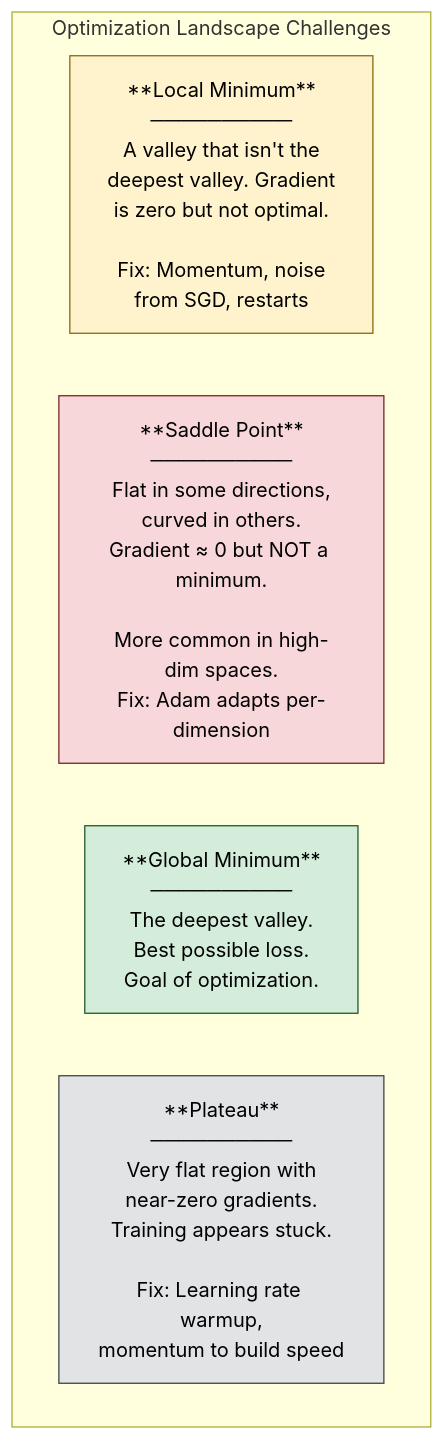
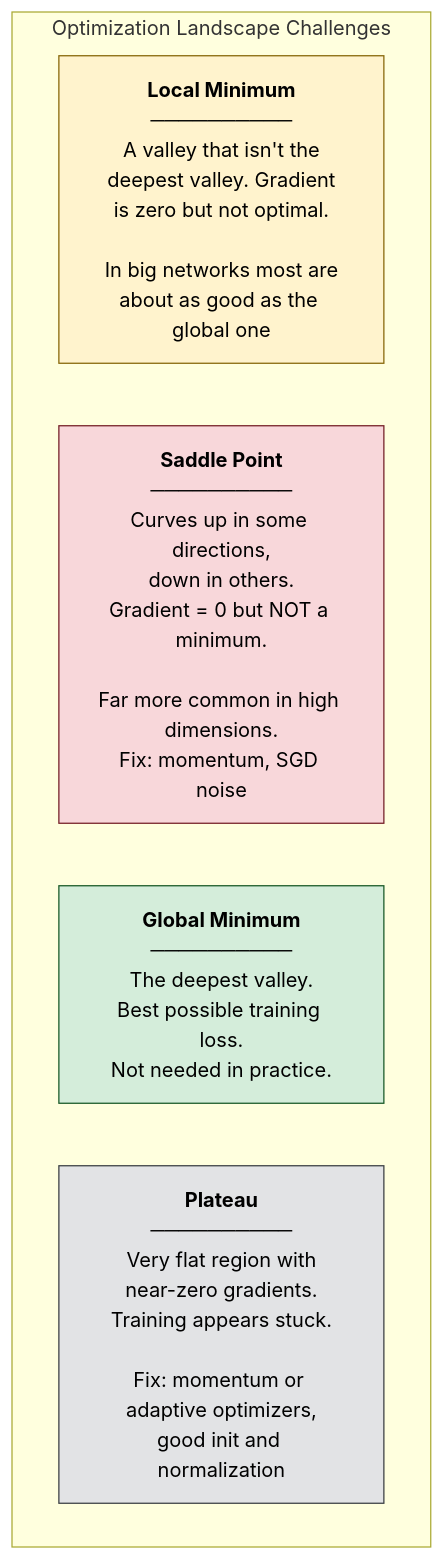
Before and after one commit to Hmago/ml4: the ninth of 47 diagrams in content/34_google_top10_ml_interview.md, drawn with Mermaid. The commit also changed other lines of this file and 59 other files, not shown here.

````diff
--- a/content/34_google_top10_ml_interview.md
+++ b/content/34_google_top10_ml_interview.md
@@ -503,14 +651,14 @@
 ```mermaid
 graph TD
     subgraph "Optimization Landscape Challenges"
-        LM["**Local Minimum**<br/>──────────<br/>A valley that isn't the<br/>deepest valley. Gradient<br/>is zero but not optimal.<br/><br/>Fix: Momentum, noise<br/>from SGD, restarts"]
-        SP["**Saddle Point**<br/>──────────<br/>Flat in some directions,<br/>curved in others.<br/>Gradient ≈ 0 but NOT a minimum.<br/><br/>More common in high-dim spaces.<br/>Fix: Adam adapts per-dimension"]
-        GP["**Global Minimum**<br/>──────────<br/>The deepest valley.<br/>Best possible loss.<br/>Goal of optimization."]
-        PL["**Plateau**<br/>──────────<br/>Very flat region with<br/>near-zero gradients.<br/>Training appears stuck.<br/><br/>Fix: Learning rate warmup,<br/>momentum to build speed"]
+        LM["<b>Local Minimum</b><br/>──────────<br/>A valley that isn't the<br/>deepest valley. Gradient<br/>is zero but not optimal.<br/><br/>In big networks most are<br/>about as good as the global one"]
+        SP["<b>Saddle Point</b><br/>──────────<br/>Curves up in some directions,<br/>down in others.<br/>Gradient = 0 but NOT a minimum.<br/><br/>Far more common in high dimensions.<br/>Fix: momentum, SGD noise"]
+        GP["<b>Global Minimum</b><br/>──────────<br/>The deepest valley.<br/>Best possible training loss.<br/>Not needed in practice."]
+        PL["<b>Plateau</b><br/>──────────<br/>Very flat region with<br/>near-zero gradients.<br/>Training appears stuck.<br/><br/>Fix: momentum or adaptive optimizers,<br/>good init and normalization"]
     end
 
     style LM fill:#fff3cd,stroke:#856404,color:#000
     style SP fill:#f8d7da,stroke:#721c24,color:#000
     style GP fill:#d4edda,stroke:#155724,color:#000
     style PL fill:#e2e3e5,stroke:#383d41,color:#000
 ```
````
